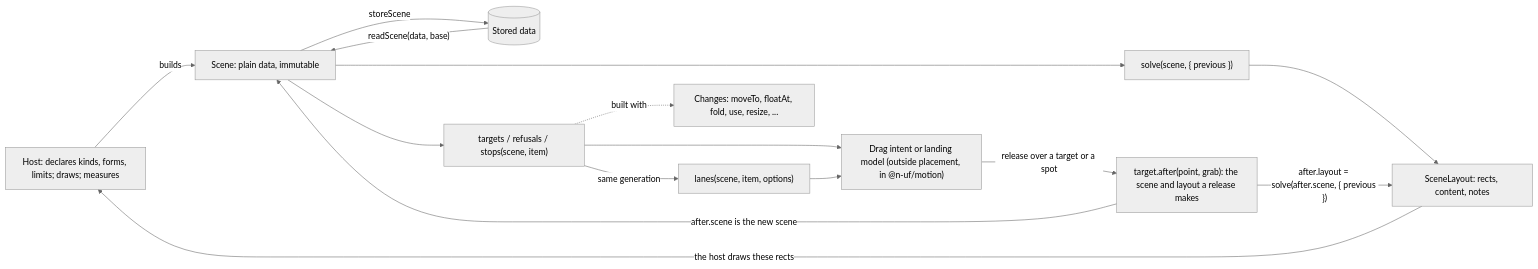
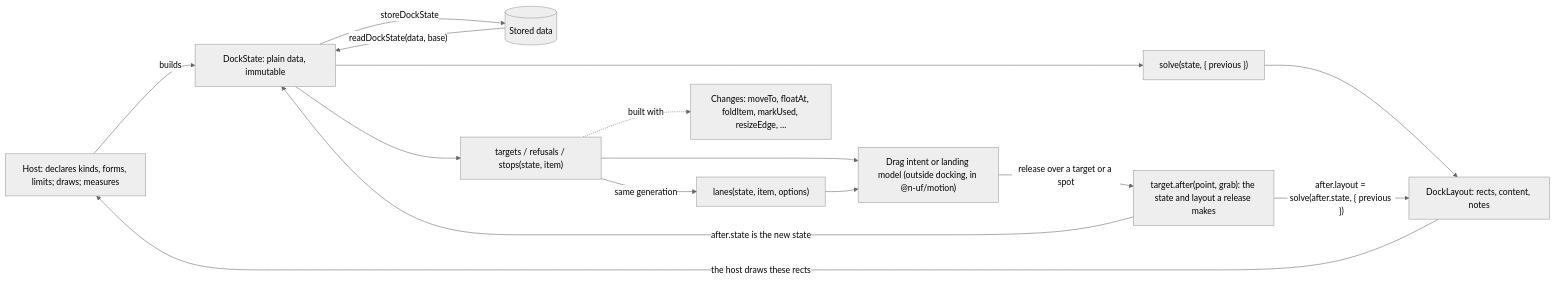
The diagram in docs/docking.md (n-uf/motion), drawn with Mermaid (neutral theme) before and after one commit. The commit also changed other lines of this file and 15 other files, not shown here.

First line of the commit message:
docs: docking's pages move from placement's; placement's pages cover the general layer

````diff
--- a/docs/docking.md
+++ b/docs/docking.md
@@ -61,27 +62,27 @@
 ```mermaid
 flowchart LR
   host["Host: declares kinds, forms, limits; draws; measures"]
   stored[("Stored data")]
-  scene["Scene: plain data, immutable"]
-  solve["solve(scene, { previous })"]
-  layout["SceneLayout: rects, content, notes"]
-  tg["targets / refusals / stops(scene, item)"]
-  ln["lanes(scene, item, options)"]
-  intent["Drag intent or landing model (outside placement, in @n-uf/motion)"]
-  after["target.after(point, grab): the scene and layout a release makes"]
-  chg["Changes: moveTo, floatAt, fold, use, resize, ..."]
+  state["DockState: plain data, immutable"]
+  solve["solve(state, { previous })"]
+  layout["DockLayout: rects, content, notes"]
+  tg["targets / refusals / stops(state, item)"]
+  ln["lanes(state, item, options)"]
+  intent["Drag intent or landing model (outside docking, in @n-uf/motion)"]
+  after["target.after(point, grab): the state and layout a release makes"]
+  chg["Changes: moveTo, floatAt, foldItem, markUsed, resizeEdge, ..."]
 
-  host -- "builds" --> scene
-  stored -- "readScene(data, base)" --> scene
-  scene -- "storeScene" --> stored
-  scene --> solve --> layout
+  host -- "builds" --> state
+  stored -- "readDockState(data, base)" --> state
+  state -- "storeDockState" --> stored
+  state --> solve --> layout
   layout -- "the host draws these rects" --> host
-  scene --> tg
+  state --> tg
   tg -- "same generation" --> ln
   tg --> intent
   ln --> intent
   intent -- "release over a target or a spot" --> after
   tg -. "built with" .-> chg
-  after -- "after.scene is the new scene" --> scene
-  after -- "after.layout = solve(after.scene, { previous })" --> layout
+  after -- "after.state is the new state" --> state
+  after -- "after.layout = solve(after.state, { previous })" --> layout
 ```
````
